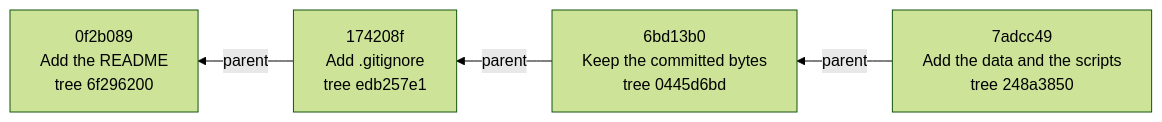
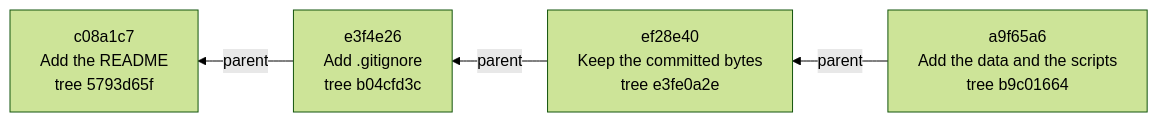
The second of 9 diagrams in lectures/content/slides/05_Version_Control.md (MindaugasSarpis/CERN_lessons_on_data_analysis), drawn with Mermaid (forest theme) before and after one commit. The commit also changed other lines of this file and 34 other files, not shown here.

````diff
--- a/lectures/content/slides/05_Version_Control.md
+++ b/lectures/content/slides/05_Version_Control.md
@@ -639,4 +644,4 @@
 ```mermaid {scale: 0.9}
 flowchart RL
-    C4["7adcc49<br/>Add the data and the scripts<br/>tree 248a3850"] -- parent --> C3["6bd13b0<br/>Keep the committed bytes<br/>tree 0445d6bd"] -- parent --> C2["174208f<br/>Add .gitignore<br/>tree edb257e1"] -- parent --> C1["0f2b089<br/>Add the README<br/>tree 6f296200"]
+    C4["a9f65a6<br/>Add the data and the scripts<br/>tree b9c01664"] -- parent --> C3["ef28e40<br/>Keep the committed bytes<br/>tree e3fe0a2e"] -- parent --> C2["e3f4e26<br/>Add .gitignore<br/>tree b04cfd3c"] -- parent --> C1["c08a1c7<br/>Add the README<br/>tree 5793d65f"]
 ```
````
